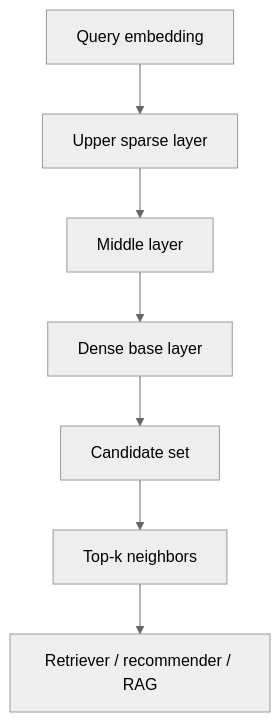
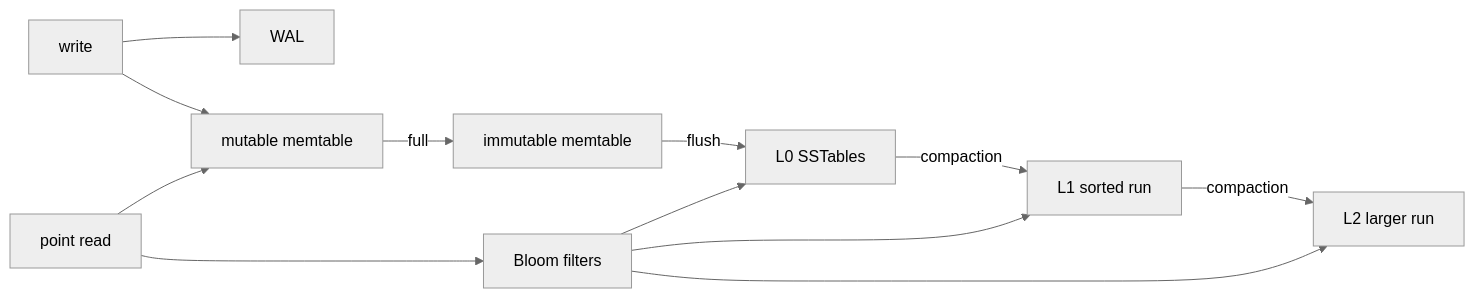
One commit to cebrailbagatarhan/software-engineering-interview-roadmap changed the first of 2 diagrams in daily/2026-09-21/04-00.md. Above: the diagram before and after it, drawn with Mermaid (neutral theme). The commit also changed other lines of this file, not shown here.

````diff
--- a/daily/2026-09-21/04-00.md
+++ b/daily/2026-09-21/04-00.md
@@ -13,9 +13,14 @@
 ```mermaid
-flowchart TD
-  Q[Query embedding] --> L2[Upper sparse layer]
-  L2 --> L1[Middle layer]
-  L1 --> L0[Dense base layer]
-  L0 --> C[Candidate set]
-  C --> K[Top-k neighbors]
-  K --> R[Retriever / recommender / RAG]
+flowchart LR
+  W[write] --> WAL[WAL]
+  W --> M[mutable memtable]
+  M -->|full| I[immutable memtable]
+  I -->|flush| L0[L0 SSTables]
+  L0 -->|compaction| L1[L1 sorted run]
+  L1 -->|compaction| L2[L2 larger run]
+  R[point read] --> M
+  R --> BF[Bloom filters]
+  BF --> L0
+  BF --> L1
+  BF --> L2
 ```
````
